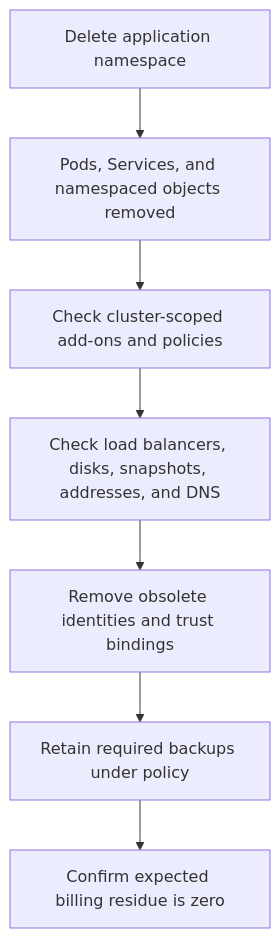
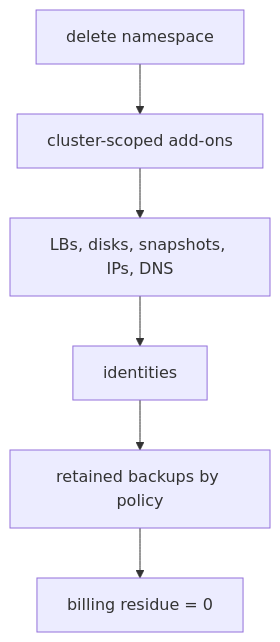
One commit to darshan-raul/apollo11-docs changed the second of 2 diagrams in docs/learn/cloud/backup-restore-and-teardown.md. Above: the diagram before and after it, drawn with Mermaid. The commit also changed other lines of this file and 55 other files, not shown here.

````diff
--- a/docs/learn/cloud/backup-restore-and-teardown.md
+++ b/docs/learn/cloud/backup-restore-and-teardown.md
@@ -70,9 +51,4 @@
 ```mermaid
 flowchart TB
-  Namespace[Delete application namespace] --> Namespaced[Pods, Services, and namespaced objects removed]
-  Namespaced --> Cluster[Check cluster-scoped add-ons and policies]
-  Cluster --> Provider[Check load balancers, disks, snapshots, addresses, and DNS]
-  Provider --> Identity[Remove obsolete identities and trust bindings]
-  Identity --> Retention[Retain required backups under policy]
-  Retention --> Billing[Confirm expected billing residue is zero]
+  NS[delete namespace] --> Cl[cluster-scoped add-ons] --> Pv[LBs, disks, snapshots, IPs, DNS] --> Id[identities] --> Ret[retained backups by policy] --> Bill[billing residue = 0]
 ```
````
